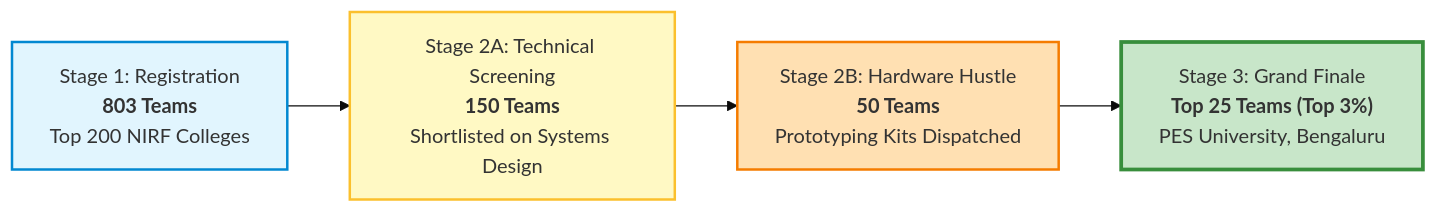
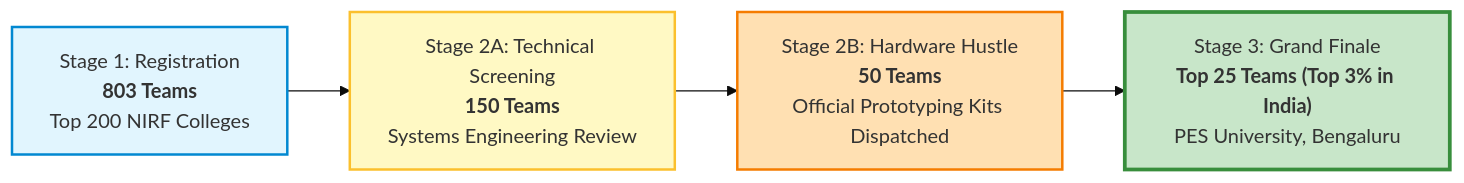
Before and after one commit to Sonalhegde/LAM-FINAL: the first of 4 diagrams in README.md, drawn with Mermaid (base theme). The commit also changed other lines of this file and 15 other files, not shown here.

````diff
--- a/README.md
+++ b/README.md
@@ -47,11 +39,11 @@
 ```mermaid
 flowchart LR
-    A["Stage 1: Registration<br/><b>803 Teams</b><br/>Top 200 NIRF Colleges"] --> B["Stage 2A: Technical Screening<br/><b>150 Teams</b><br/>Shortlisted on Systems Design"]
-    B --> C["Stage 2B: Hardware Hustle<br/><b>50 Teams</b><br/>Prototyping Kits Dispatched"]
-    C --> D["Stage 3: Grand Finale<br/><b>Top 25 Teams (Top 3%)</b><br/>PES University, Bengaluru"]
+    A["Stage 1: Registration<br/><b>803 Teams</b><br/>Top 200 NIRF Colleges"] --> B["Stage 2A: Technical Screening<br/><b>150 Teams</b><br/>Systems Engineering Review"]
+    B --> C["Stage 2B: Hardware Hustle<br/><b>50 Teams</b><br/>Official Prototyping Kits Dispatched"]
+    C --> D["Stage 3: Grand Finale<br/><b>Top 25 Teams (Top 3% in India)</b><br/>PES University, Bengaluru"]
     
     style A fill:#e1f5fe,stroke:#0288d1,stroke-width:2px;
     style B fill:#fff9c4,stroke:#fbc02d,stroke-width:2px;
     style C fill:#ffe0b2,stroke:#f57c00,stroke-width:2px;
     style D fill:#c8e6c9,stroke:#388e3c,stroke-width:3px;
 ```
````
